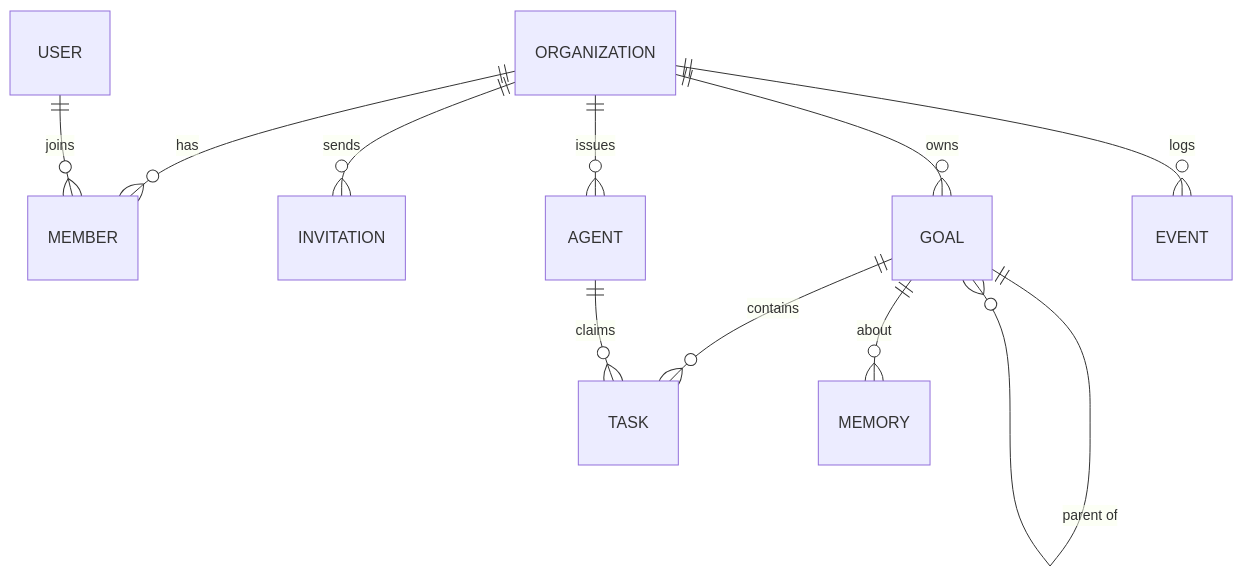
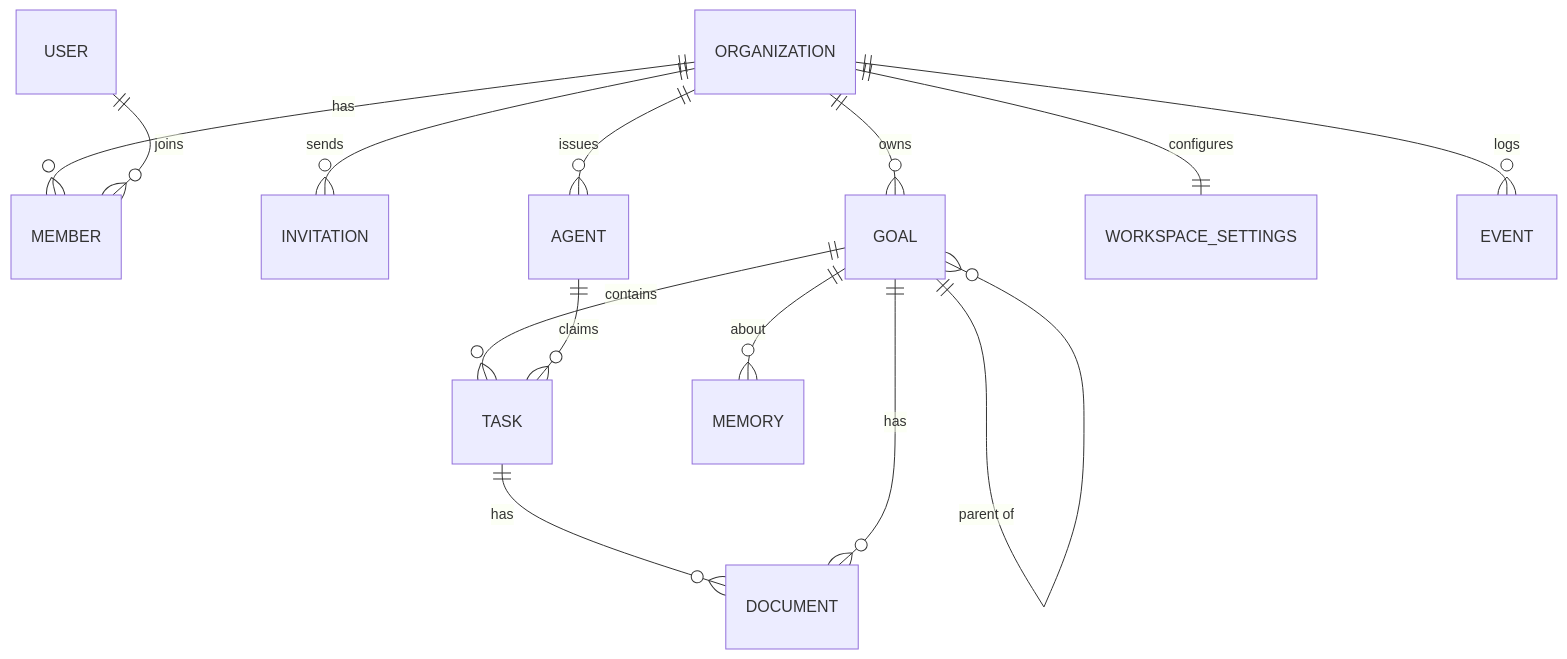
Before and after one commit to orweis/phean: the second of 3 diagrams in docs/ARCHITECTURE.md, drawn with Mermaid. The commit also changed other lines of this file and 76 other files, not shown here.

````diff
--- a/docs/ARCHITECTURE.md
+++ b/docs/ARCHITECTURE.md
@@ -128,13 +128,16 @@
 ```mermaid
 erDiagram
     ORGANIZATION ||--o{ MEMBER : has
     USER ||--o{ MEMBER : joins
     ORGANIZATION ||--o{ INVITATION : sends
     ORGANIZATION ||--o{ AGENT : issues
     ORGANIZATION ||--o{ GOAL : owns
     GOAL ||--o{ GOAL : "parent of"
     GOAL ||--o{ TASK : contains
     GOAL ||--o{ MEMORY : "about"
     AGENT ||--o{ TASK : claims
+    TASK ||--o{ DOCUMENT : "has"
+    GOAL ||--o{ DOCUMENT : "has"
+    ORGANIZATION ||--|| WORKSPACE_SETTINGS : "configures"
     ORGANIZATION ||--o{ EVENT : logs
 ```
````
